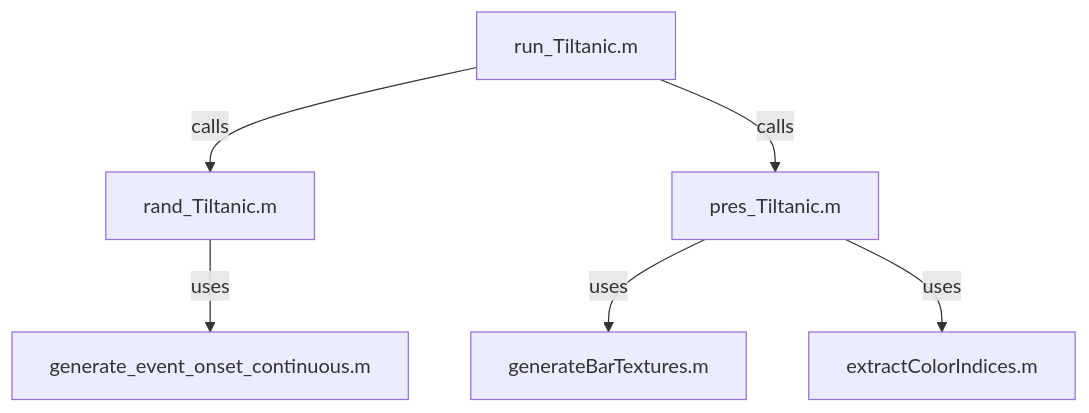
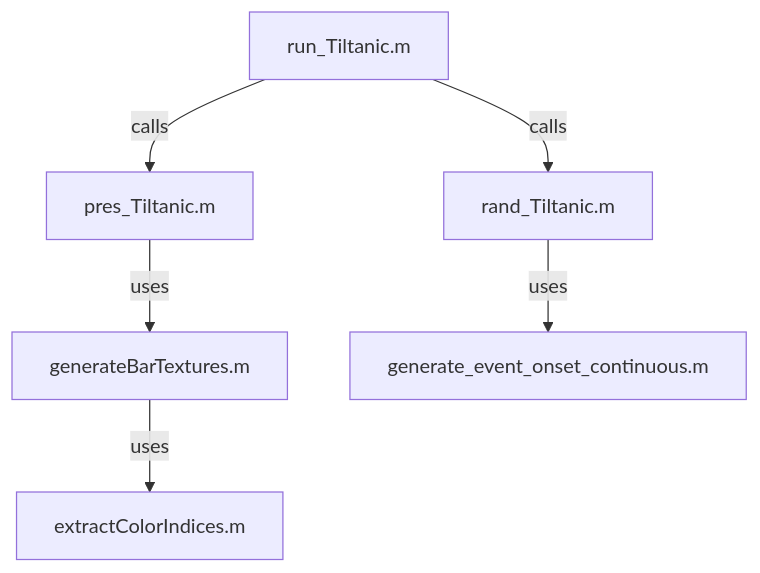
One commit to miranodeliciosa/DUCSALFIG_PRE changed the diagram in README.md. Above: the diagram before and after it, drawn with Mermaid.

````diff
--- a/README.md
+++ b/README.md
@@ -40,8 +40,8 @@
 ```mermaid
 graph TD
     run[run_Tiltanic.m] -->|calls| rand[rand_Tiltanic.m]
     run -->|calls| pres[pres_Tiltanic.m]
     pres -->|uses| generateBar[generateBarTextures.m]
-    pres -->|uses| extract[extractColorIndices.m]
+    generateBar -->|uses| extract[extractColorIndices.m]
     rand -->|uses| generateOnsets[generate_event_onset_continuous.m]
 ```
````
